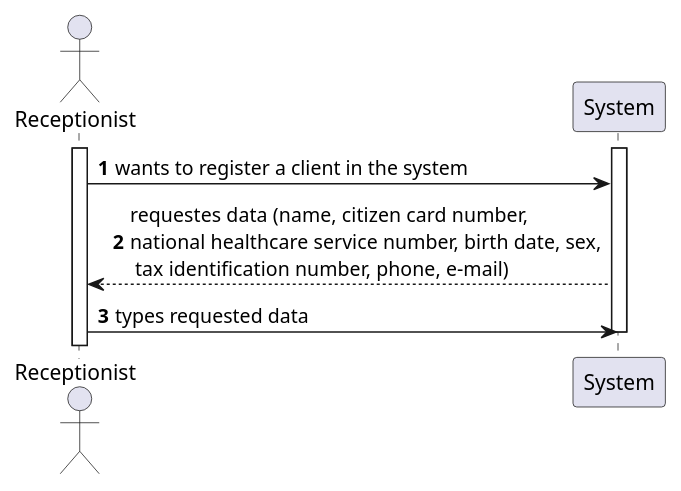
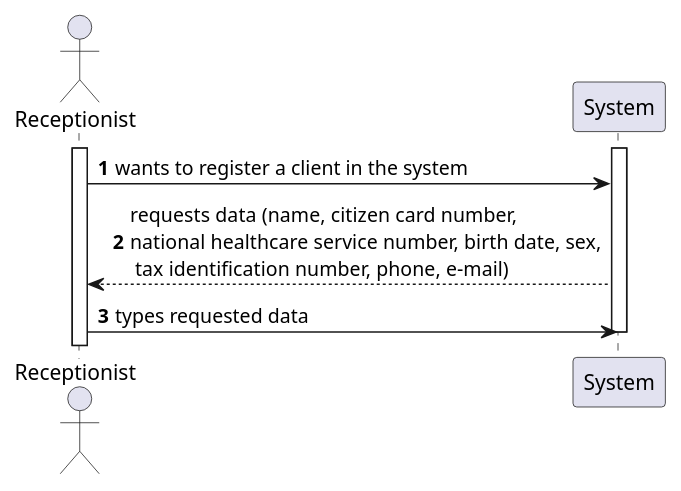
The diagram in docs/SprintB/US03/US3_SSD.puml (MarianaCLages/LAPR2), drawn with PlantUML before and after one commit. The commit also changed 2 other files, not shown here.

```diff
--- a/docs/SprintB/US03/US3_SSD.puml
+++ b/docs/SprintB/US03/US3_SSD.puml
@@ -1,14 +1,14 @@
 @startuml
 'https://plantuml.com/sequence-diagram
 autonumber
 actor Receptionist as R
 participant "System" as S
 activate R
 activate S
 R -> S: wants to register a client in the system
-S --> R: requestes data (name, citizen card number, \nnational healthcare service number, birth date, sex,\n tax identification number, phone, e-mail)
+S --> R: requests data (name, citizen card number, \nnational healthcare service number, birth date, sex,\n tax identification number, phone, e-mail)
 R -> S: types requested data
 
 deactivate S
 
 @enduml
```
